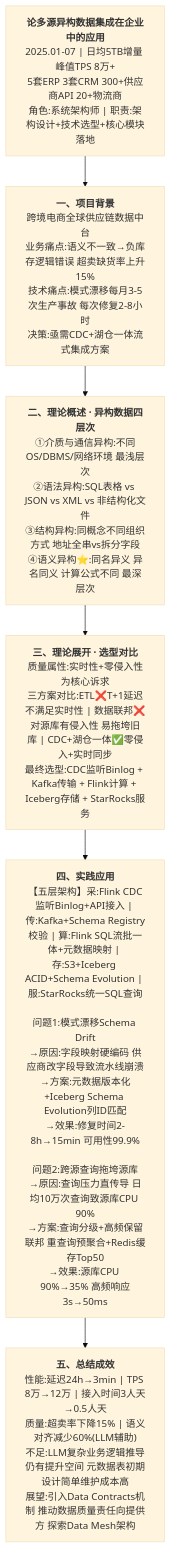
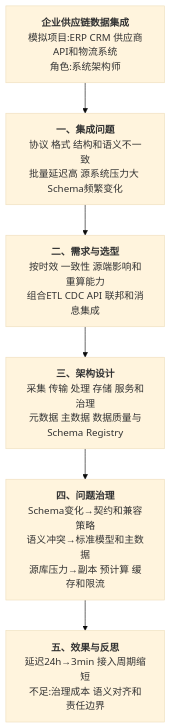
Before and after one commit to EdgarLQS/SoftwareArchitectureExamGuide: the first of 4 diagrams in 02-论文专题/0002-多元异构数据集成/00-大纲记忆卡.md, drawn with Mermaid (base theme). The commit also changed other lines of this file, not shown here.

````diff
--- a/02-论文专题/0002-多元异构数据集成/00-大纲记忆卡.md
+++ b/02-论文专题/0002-多元异构数据集成/00-大纲记忆卡.md
@@ -11,14 +24,9 @@
 ```mermaid
 graph TD
-    ROOT["<b>论多源异构数据集成在企业中的应用</b><br/>2025.01-07 | 日均5TB增量 峰值TPS 8万+<br/>5套ERP 3套CRM 300+供应商API 20+物流商<br/>角色:系统架构师 | 职责:架构设计+技术选型+核心模块落地"]
-
-    ROOT --> P1["<b>一、项目背景</b><br/>跨境电商全球供应链数据中台<br/>业务痛点:语义不一致→负库存逻辑错误 超卖缺货率上升15%<br/>技术痛点:模式漂移每月3-5次生产事故 每次修复2-8小时<br/>决策:亟需CDC+湖仓一体流式集成方案"]
-
-    P1 --> P2["<b>二、理论概述 · 异构数据四层次</b><br/>①介质与通信异构:不同OS/DBMS/网络环境 最浅层次<br/>②语法异构:SQL表格 vs JSON vs XML vs 非结构化文件<br/>③结构异构:同概念不同组织方式 地址全串vs拆分字段<br/>④语义异构⭐:同名异义 异名同义 计算公式不同 最深层次"]
-
-    P2 --> P3["<b>三、理论展开 · 选型对比</b><br/>质量属性:实时性+零侵入性为核心诉求<br/>三方案对比:ETL❌T+1延迟不满足实时性 | 数据联邦❌对源库有侵入性 易拖垮旧库 | CDC+湖仓一体✅零侵入+实时同步<br/>最终选型:CDC监听Binlog + Kafka传输 + Flink计算 + Iceberg存储 + StarRocks服务"]
-
-    P3 --> P4["<b>四、实践应用</b><br/>【五层架构】采:Flink CDC监听Binlog+API接入 | 传:Kafka+Schema Registry校验 | 算:Flink SQL流批一体+元数据映射 | 存:S3+Iceberg ACID+Schema Evolution | 服:StarRocks统一SQL查询<br/><br/>问题1:模式漂移Schema Drift<br/>→原因:字段映射硬编码 供应商改字段导致流水线崩溃<br/>→方案:元数据版本化+Iceberg Schema Evolution列ID匹配<br/>→效果:修复时间2-8h→15min 可用性99.9%<br/><br/>问题2:跨源查询拖垮源库<br/>→原因:查询压力直传导 日均10万次查询致源库CPU 90%<br/>→方案:查询分级+高频保留联邦 重查询预聚合+Redis缓存Top50<br/>→效果:源库CPU 90%→35% 高频响应3s→50ms"]
-
-    P4 --> P5["<b>五、总结成效</b><br/>性能:延迟24h→3min | TPS 8万→12万 | 接入时间3人天→0.5人天<br/>质量:超卖率下降15% | 语义对齐减少60%(LLM辅助)<br/>不足:LLM复杂业务逻辑推导仍有提升空间 元数据表初期设计简单维护成本高<br/>展望:引入Data Contracts机制 推动数据质量责任向提供方 探索Data Mesh架构"]
+    ROOT["<b>企业供应链数据集成</b><br/>模拟项目:ERP CRM 供应商API和物流系统<br/>角色:系统架构师"]
+    ROOT --> P1["<b>一、集成问题</b><br/>协议 格式 结构和语义不一致<br/>批量延迟高 源系统压力大 Schema频繁变化"]
+    P1 --> P2["<b>二、需求与选型</b><br/>按时效 一致性 源端影响和重算能力<br/>组合ETL CDC API 联邦和消息集成"]
+    P2 --> P3["<b>三、架构设计</b><br/>采集 传输 处理 存储 服务和治理<br/>元数据 主数据 数据质量与Schema Registry"]
+    P3 --> P4["<b>四、问题治理</b><br/>Schema变化→契约和兼容策略<br/>语义冲突→标准模型和主数据<br/>源库压力→副本 预计算 缓存和限流"]
+    P4 --> P5["<b>五、效果与反思</b><br/>延迟24h→3min 接入周期缩短<br/>不足:治理成本 语义对齐和责任边界"]
 ```
````
